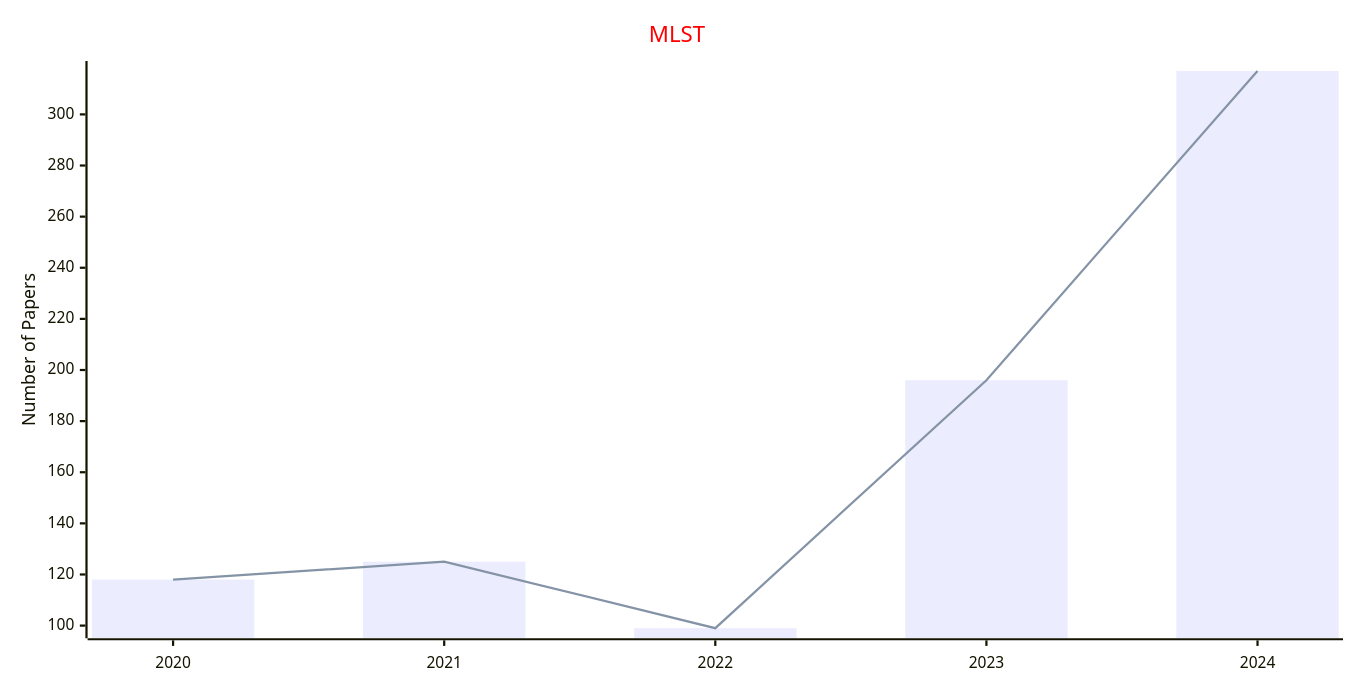
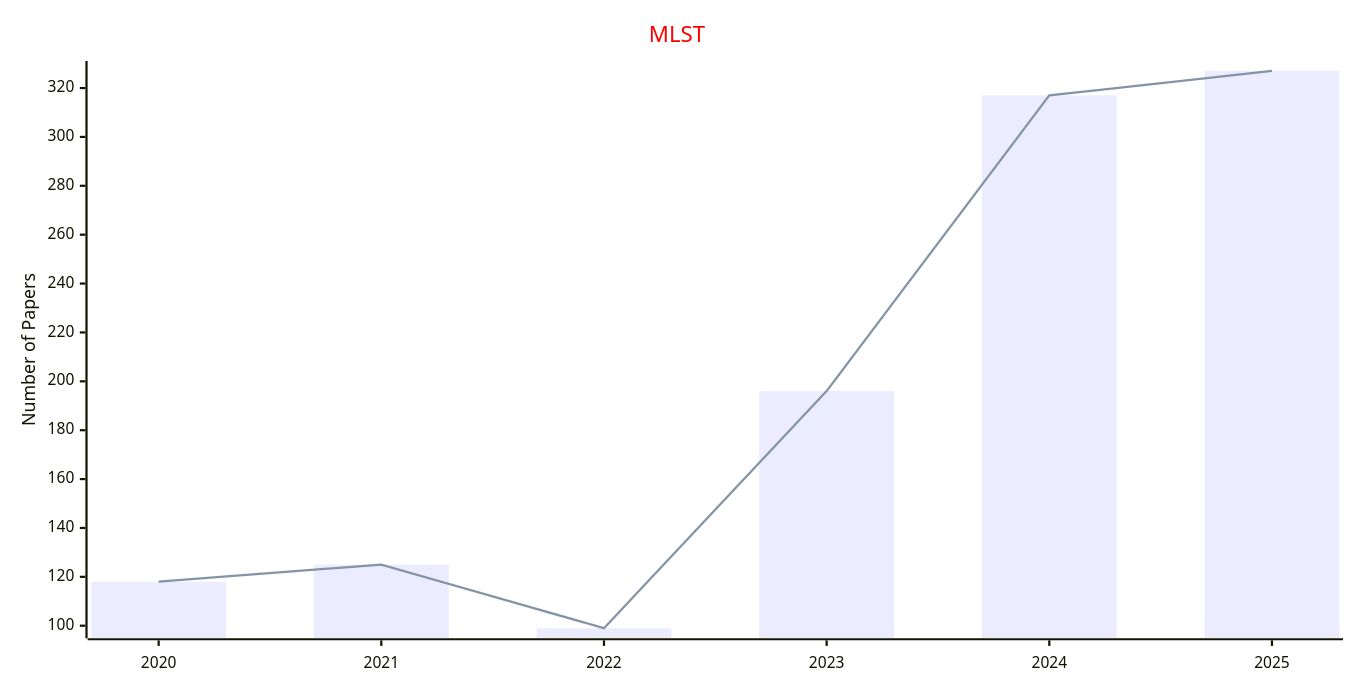
One commit to Easy-PhD/AILinks changed the second of 2 diagrams in docs/data/Journals/Publishers_Journals/IOP.md. Above: the diagram before and after it, drawn with Mermaid. The commit also changed other lines of this file and 107 other files, not shown here.

````diff
--- a/docs/data/Journals/Publishers_Journals/IOP.md
+++ b/docs/data/Journals/Publishers_Journals/IOP.md
@@ -35,17 +35,17 @@
 ```mermaid
 ---
 config:
     xyChart:
         width: 1200
         height: 600
     themeVariables:
         xyChart:
             titleColor: "#ff0000"
 ---
 xychart-beta
     title "MLST"
-    x-axis [2020, 2021, 2022, 2023, 2024]
+    x-axis [2020, 2021, 2022, 2023, 2024, 2025]
     y-axis "Number of Papers"
-    bar [118, 125, 99, 196, 317]
-    line [118, 125, 99, 196, 317]
+    bar [118, 125, 99, 196, 317, 327]
+    line [118, 125, 99, 196, 317, 327]
 ```
````
